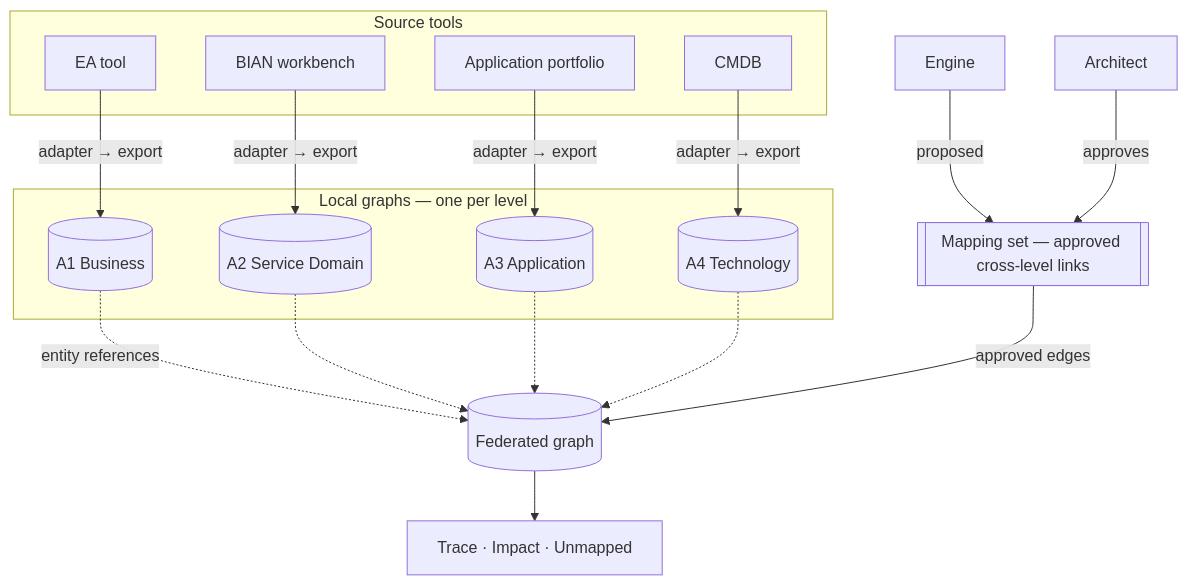
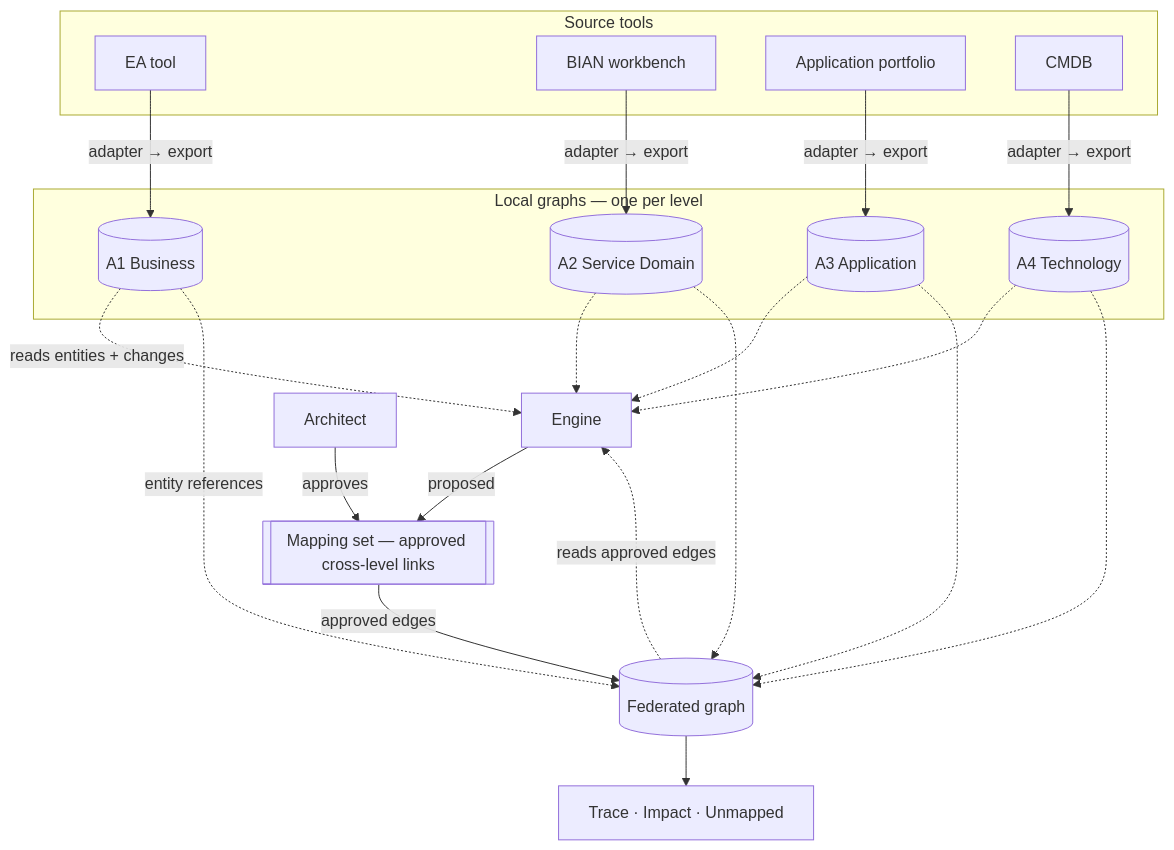
One commit to taumoeps/bian-sdem-framework changed the diagram in docs/knowledge-graph-spec.md. Above: the diagram before and after it, drawn with Mermaid. The commit also changed other lines of this file and 1 other file, not shown here.

Commit message:
knowledge-graph-spec: engine reads the local graphs and the federated graph (diagram and KG-A-03)

````diff
--- a/docs/knowledge-graph-spec.md
+++ b/docs/knowledge-graph-spec.md
@@ -9,30 +9,35 @@
 ```mermaid
 flowchart TB
     subgraph SOURCES[Source tools]
       T1[EA tool]
       T2[BIAN workbench]
       T3[Application portfolio]
       T4[CMDB]
     end
     subgraph LOCAL[Local graphs — one per level]
       L1[(A1 Business)]
       L2[(A2 Service Domain)]
       L3[(A3 Application)]
       L4[(A4 Technology)]
     end
     MD[[Mapping set — approved cross-level links]]
     FED[(Federated graph)]
     Q[Trace · Impact · Unmapped]
     T1 -->|adapter → export| L1
     T2 -->|adapter → export| L2
     T3 -->|adapter → export| L3
     T4 -->|adapter → export| L4
     ENG[Engine] -->|proposed| MD
-ARCH[Architect] -->|approves| MD
+    ARCH[Architect] -->|approves| MD
+    L1 -.->|reads entities + changes| ENG
+    L2 -.-> ENG
+    L3 -.-> ENG
+    L4 -.-> ENG
+    FED -.->|reads approved edges| ENG
     L1 -.->|entity references| FED
     L2 -.-> FED
     L3 -.-> FED
     L4 -.-> FED
     MD -->|approved edges| FED
     FED --> Q
 ```
````
